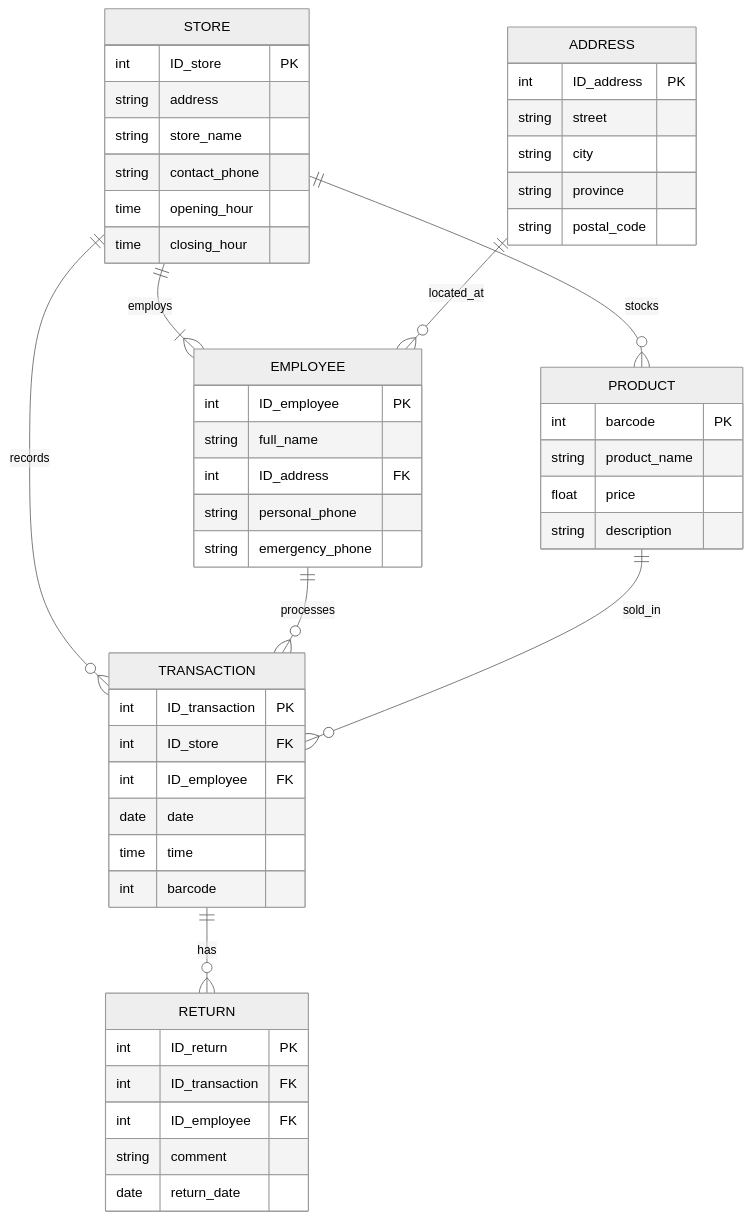
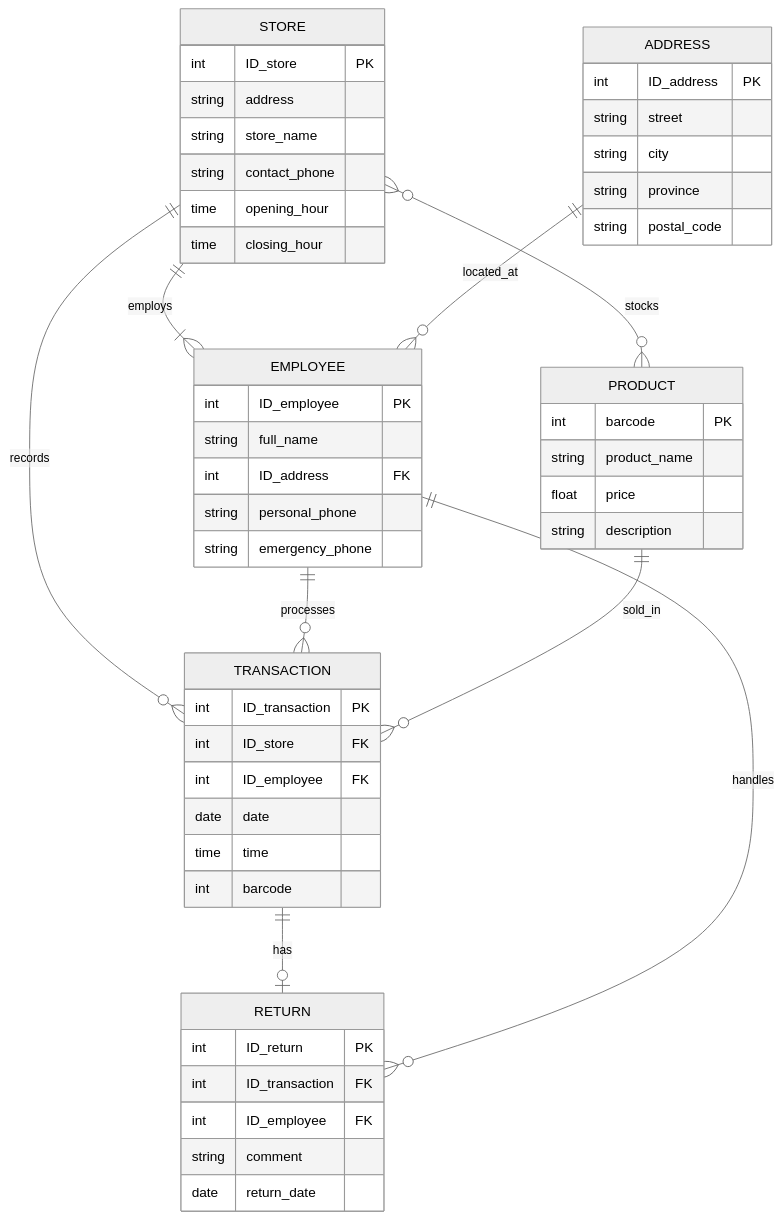
One commit to braz9LKDI/gray_vault changed the sixth of 7 diagrams in 99-archive/college/ases/grosman/03-entity-relationship_problems.md. Above: the diagram before and after it, drawn with Mermaid (neutral theme). The commit also changed other lines of this file and 42 other files, not shown here.

````diff
--- a/99-archive/college/ases/grosman/03-entity-relationship_problems.md
+++ b/99-archive/college/ases/grosman/03-entity-relationship_problems.md
@@ -249,59 +249,60 @@
     ```mermaid
     erDiagram
     STORE {
         int ID_store PK
         string address
         string store_name
         string contact_phone
         time opening_hour
         time closing_hour
     }
 
     ADDRESS {
         int ID_address PK
         string street
         string city
         string province
         string postal_code
     }
 
     EMPLOYEE {
         int ID_employee PK
         string full_name
         int ID_address FK
         string personal_phone
         string emergency_phone
     }
 
     PRODUCT {
         int barcode PK
         string product_name
         float price
         string description
     }
 
     TRANSACTION {
         int ID_transaction PK
         int ID_store FK
         int ID_employee FK
         date date
         time time
         int barcode
     }
 
     RETURN {
         int ID_return PK
         int ID_transaction FK
         int ID_employee FK
         string comment
         date return_date
     }
 
     STORE ||--|{ EMPLOYEE : employs
-    STORE ||--o{ PRODUCT : stocks
+    STORE }o--o{ PRODUCT : stocks
     STORE ||--o{ TRANSACTION : records
     EMPLOYEE ||--o{ TRANSACTION : processes
     PRODUCT ||--o{ TRANSACTION : sold_in
     ADDRESS ||--o{ EMPLOYEE : located_at
-    TRANSACTION ||--o{ RETURN : has
+    TRANSACTION ||--o| RETURN : has
+    EMPLOYEE ||--o{ RETURN : handles
     ```
````
